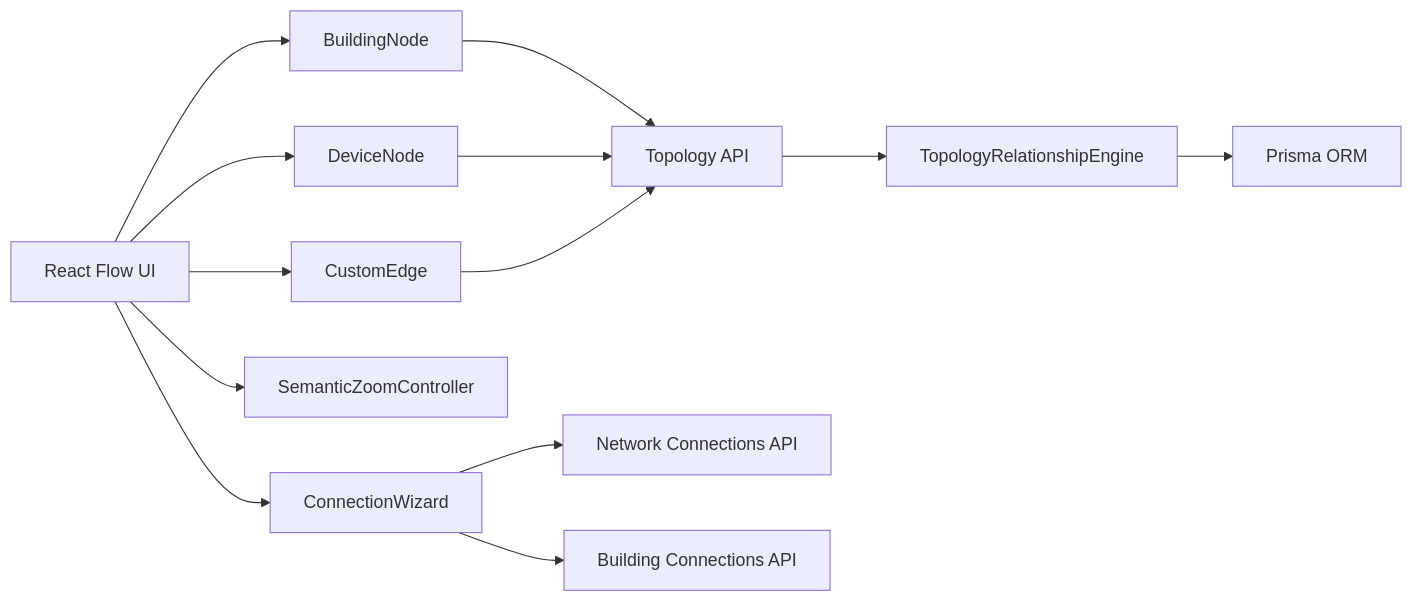
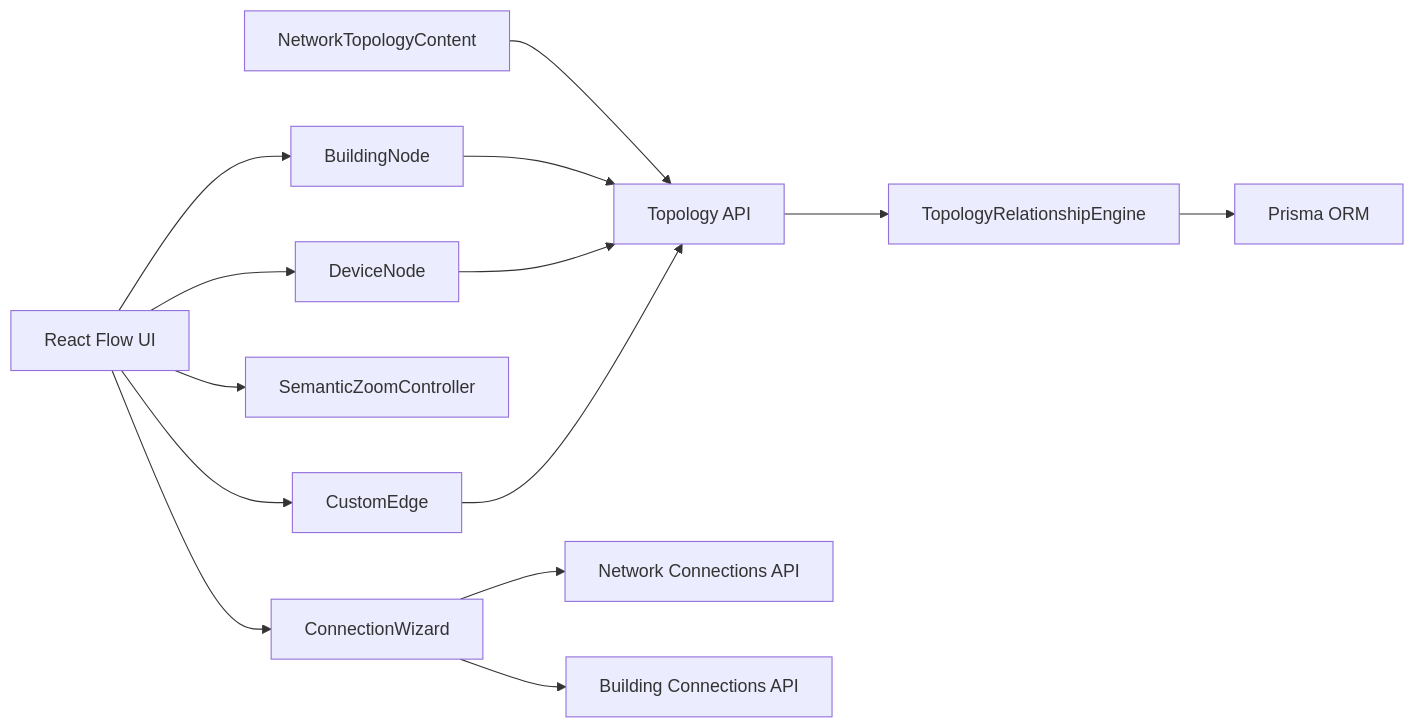
One commit to celebigilfatih/infrascope changed diagram 11 of 11 in .qoder/repowiki/en/content/Frontend Application/Topology and Network Visualization.md. Above: the diagram before and after it, drawn with Mermaid. The commit also changed other lines of this file and 13 other files, not shown here.

````diff
--- a/.qoder/repowiki/en/content/Frontend Application/Topology and Network Visualization.md
+++ b/.qoder/repowiki/en/content/Frontend Application/Topology and Network Visualization.md
@@ -337,15 +407,16 @@
 ```mermaid
 graph LR
 UI["React Flow UI"] --> BN["BuildingNode"]
 UI --> DN["DeviceNode"]
 UI --> CE["CustomEdge"]
 UI --> CZ["SemanticZoomController"]
 UI --> CW["ConnectionWizard"]
-BN --> API["Topology API"]
+NTC["NetworkTopologyContent"] --> API["Topology API"]
+BN --> API
 DN --> API
 CE --> API
 API --> Engine["TopologyRelationshipEngine"]
 Engine --> Prisma["Prisma ORM"]
 CW --> NetAPI["Network Connections API"]
 CW --> BldAPI["Building Connections API"]
 ```
````
